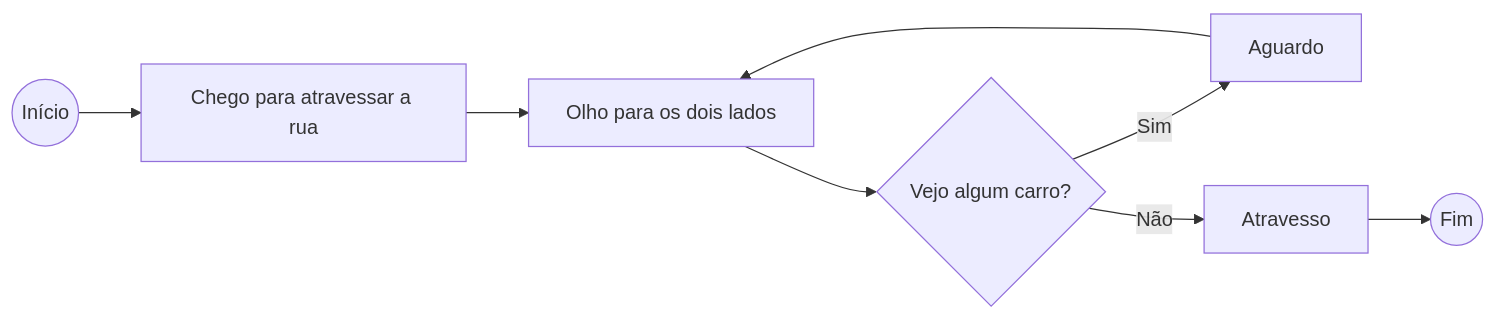
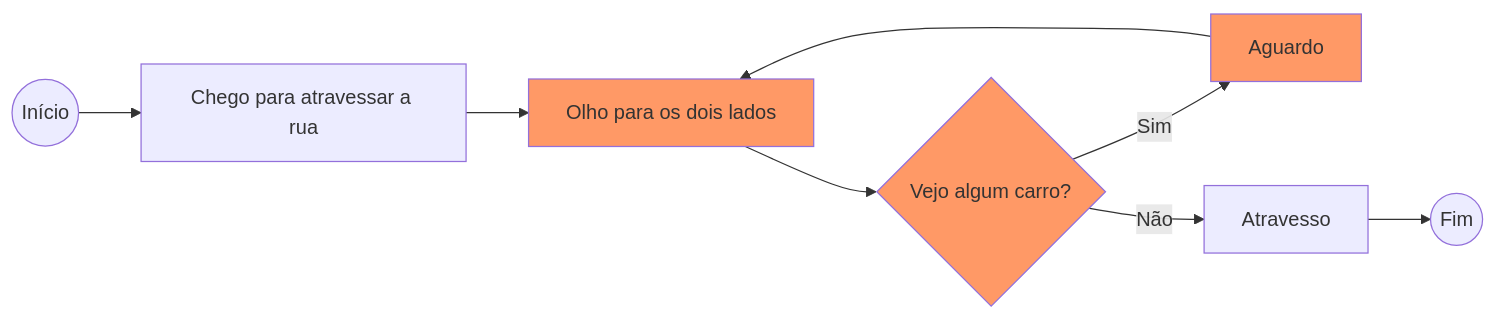
The third of 4 diagrams in docs/blog/posts/20240920_construa_seu_primeiro_fluxo_power_automate_do_zero.md (meadapt/meadapt.com), drawn with Mermaid before and after one commit. The commit also changed other lines of this file, not shown here.

````diff
--- a/docs/blog/posts/20240920_construa_seu_primeiro_fluxo_power_automate_do_zero.md
+++ b/docs/blog/posts/20240920_construa_seu_primeiro_fluxo_power_automate_do_zero.md
@@ -150,12 +170,16 @@
-```mermaid
-flowchart LR
-    1((Início)) --> 2
-    2[Chego para atravessar a rua] --> 3
-    3[Olho para os dois lados]  --> 4
-    4{Vejo algum carro?}
-    4-->|Sim|5
-    4-->|Não|6
-    5[Aguardo]-->3
-    6[Atravesso]-->7
-    7((Fim))
-```
+    ```mermaid
+    flowchart LR
+        1((Início)) --> 2
+        2[Chego para atravessar a rua] --> 3
+        3[Olho para os dois lados]  --> 4
+        3:::conditions
+        4{Vejo algum carro?}
+        4:::conditions
+        4-->|Sim|5
+        4-->|Não|6
+        5[Aguardo]-->3
+        5:::conditions
+        6[Atravesso]-->7
+        7((Fim))
+        classDef conditions fill:#f96
+    ```
````
